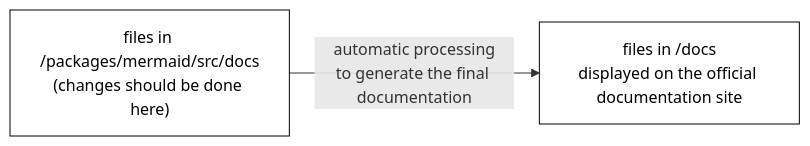
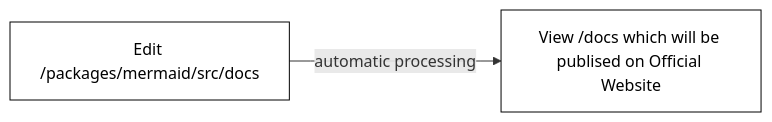
One commit to mermaid-js/mermaid changed the diagram in packages/mermaid/src/docs/community/documentation.md. Above: the diagram before and after it, drawn with Mermaid. The commit also changed other lines of this file and 8 other files, not shown here.

Commit message:
Use deep outline for the whole documentation website

````diff
--- a/packages/mermaid/src/docs/community/documentation.md
+++ b/packages/mermaid/src/docs/community/documentation.md
@@ -17,7 +18,7 @@
 ```mermaid
 flowchart LR
   classDef default fill:#fff,color:black,stroke:black
 
-  source["files in /packages/mermaid/src/docs\n(changes should be done here)"] -- automatic processing\nto generate the final documentation--> published["files in /docs\ndisplayed on the official documentation site"]
+  source["Edit /packages/mermaid/src/docs"] -- automatic processing--> published["View /docs which will be publised on Official Website"]
 
 ```
````
